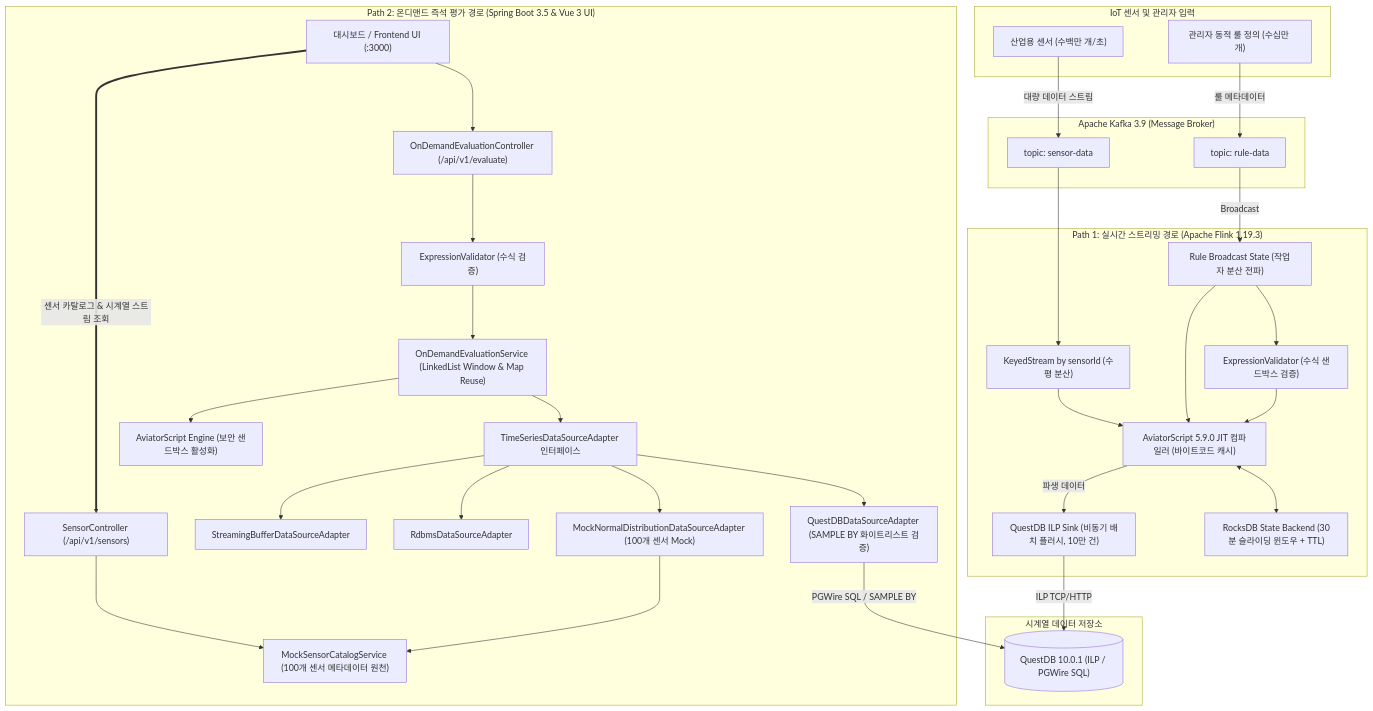
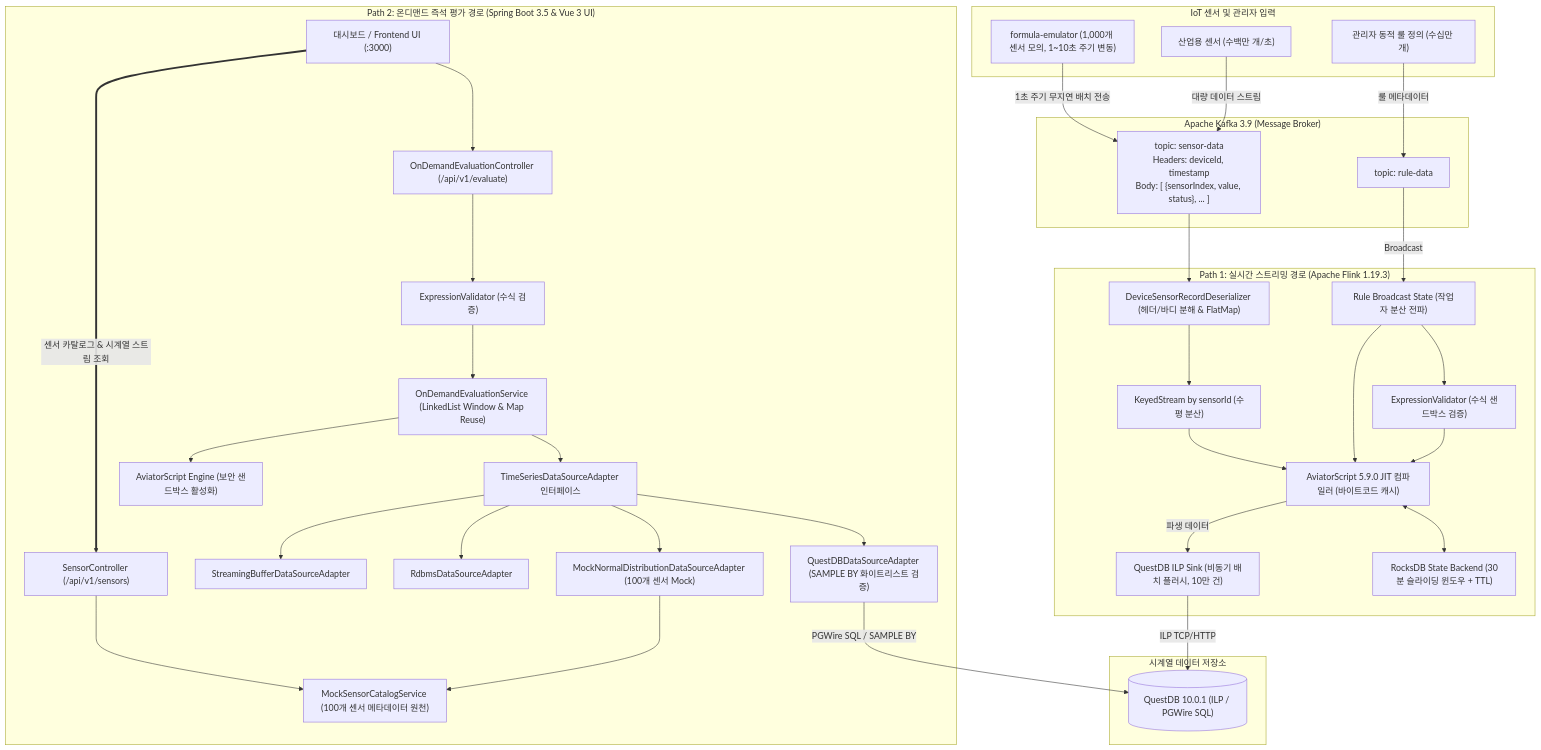
One commit to imoil/formula-evaluator-service changed the first of 2 diagrams in README.md. Above: the diagram before and after it, drawn with Mermaid. The commit also changed other lines of this file and 20 other files, not shown here.

First line of the commit message:
feat: add formula-emulator module and flink pipeline integration

````diff
--- a/README.md
+++ b/README.md
@@ -22,64 +22,68 @@
 ```mermaid
 flowchart TD
     subgraph DataSources["IoT 센서 및 관리자 입력"]
+        SensorEmulator["formula-emulator (1,000개 센서 모의, 1~10초 주기 변동)"]
         SensorInput["산업용 센서 (수백만 개/초)"]
         RuleInput["관리자 동적 룰 정의 (수십만 개)"]
     end
 
     subgraph KafkaCluster["Apache Kafka 3.9 (Message Broker)"]
-        SensorTopic["topic: sensor-data"]
+        SensorTopic["topic: sensor-data<br/>Headers: deviceId, timestamp<br/>Body: [ {sensorIndex, value, status}, ... ]"]
         RuleTopic["topic: rule-data"]
     end
 
+    SensorEmulator -->|1초 주기 무지연 배치 전송| SensorTopic
     SensorInput -->|대량 데이터 스트림| SensorTopic
     RuleInput -->|룰 메타데이터| RuleTopic
 
     subgraph StreamingPath["Path 1: 실시간 스트리밍 경로 (Apache Flink 1.19.3)"]
+        DeviceDeserializer["DeviceSensorRecordDeserializer (헤더/바디 분해 & FlatMap)"]
         BroadcastState["Rule Broadcast State (작업자 분산 전파)"]
         KeyedStream["KeyedStream by sensorId (수평 분산)"]
         RocksDBState["RocksDB State Backend (30분 슬라이딩 윈도우 + TTL)"]
         SecCheck1["ExpressionValidator (수식 샌드박스 검증)"]
         AviatorJIT1["AviatorScript 5.9.0 JIT 컴파일러 (바이트코드 캐시)"]
         ILPSink["QuestDB ILP Sink (비동기 배치 플러시, 10만 건)"]
 
+        SensorTopic --> DeviceDeserializer
+        DeviceDeserializer --> KeyedStream
         RuleTopic -->|Broadcast| BroadcastState
         BroadcastState --> SecCheck1
         SecCheck1 --> AviatorJIT1
-        SensorTopic --> KeyedStream
         KeyedStream & BroadcastState --> AviatorJIT1
         AviatorJIT1 <--> RocksDBState
         AviatorJIT1 -->|파생 데이터| ILPSink
     end
 
     subgraph StorageLayer["시계열 데이터 저장소"]
         QuestDB[("QuestDB 10.0.1 (ILP / PGWire SQL)")]
     end
 
     ILPSink -->|ILP TCP/HTTP| QuestDB
 
     subgraph OnDemandPath["Path 2: 온디맨드 즉석 평가 경로 (Spring Boot 3.5 & Vue 3 UI)"]
         ClientReq["대시보드 / Frontend UI (:3000)"]
         Controller1["OnDemandEvaluationController (/api/v1/evaluate)"]
         Controller2["SensorController (/api/v1/sensors)"]
         SecCheck2["ExpressionValidator (수식 검증)"]
         Service["OnDemandEvaluationService (LinkedList Window & Map Reuse)"]
         Catalog["MockSensorCatalogService (100개 센서 메타데이터 원천)"]
         AdapterLayer["TimeSeriesDataSourceAdapter 인터페이스"]
         QuestDBAdapter["QuestDBDataSourceAdapter (SAMPLE BY 화이트리스트 검증)"]
         MockAdapter["MockNormalDistributionDataSourceAdapter (100개 센서 Mock)"]
         RDBMSAdapter["RdbmsDataSourceAdapter"]
         BufferAdapter["StreamingBufferDataSourceAdapter"]
         AviatorJIT2["AviatorScript Engine (보안 샌드박스 활성화)"]
 
         ClientReq --> Controller1
         Controller1 --> SecCheck2
         SecCheck2 --> Service
         ClientReq ==>|센서 카탈로그 & 시계열 스트림 조회| Controller2
         Controller2 --> Catalog
         Service --> AdapterLayer
         AdapterLayer --> QuestDBAdapter & MockAdapter & RDBMSAdapter & BufferAdapter
         MockAdapter --> Catalog
         QuestDBAdapter -->|PGWire SQL / SAMPLE BY| QuestDB
         Service --> AviatorJIT2
     end
 ```
````
